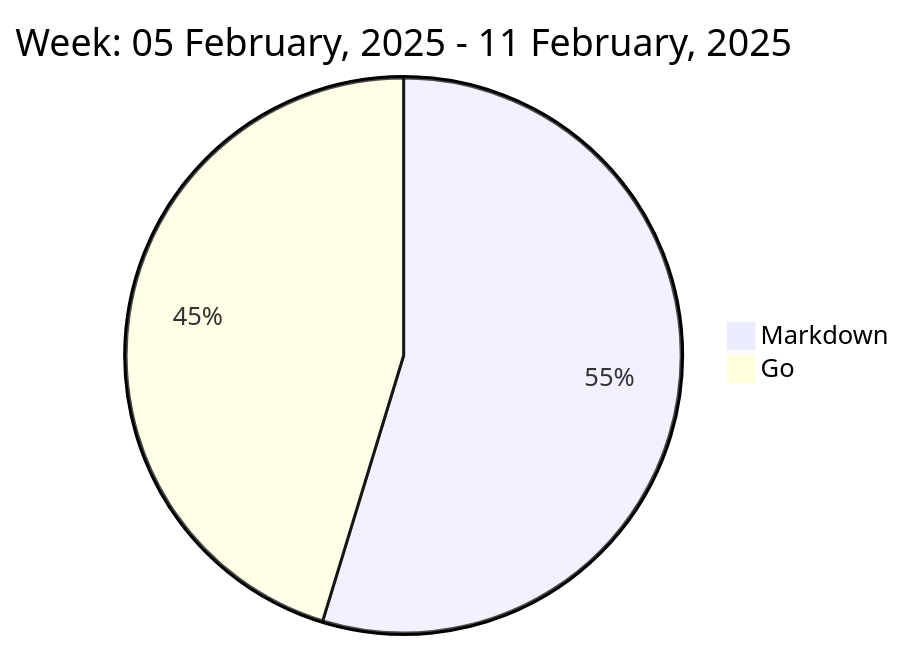
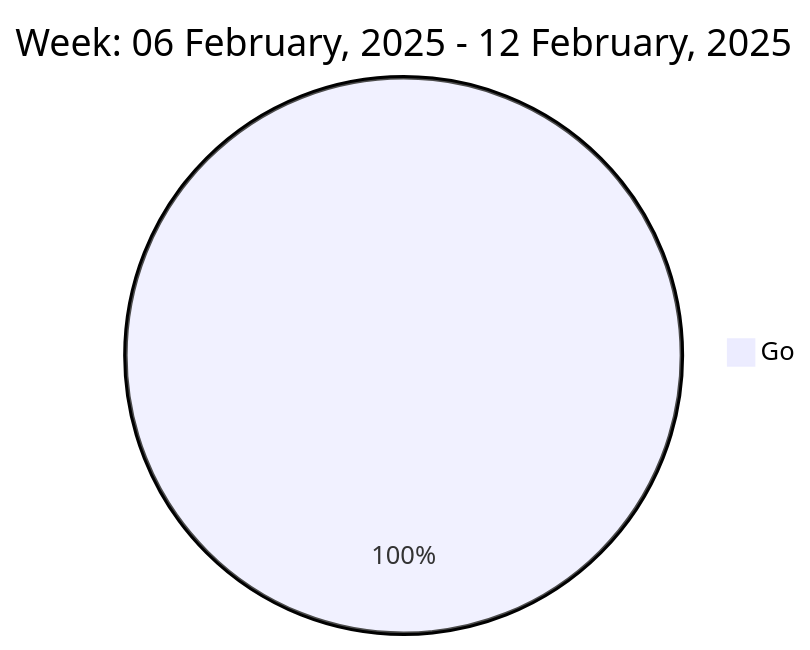
The diagram in README.md (liubin95/liubin95), drawn with Mermaid before and after one commit.

Commit message:
Updated the Graph with new Metrics

````diff
--- a/README.md
+++ b/README.md
@@ -37,6 +37,5 @@
 ```mermaid
  pie
-title Week: 05 February, 2025 - 11 February, 2025
- "Markdown" : 3.02
- "Go" : 2.5
+title Week: 06 February, 2025 - 12 February, 2025
+ "Go" : 2.78
 ```
````
